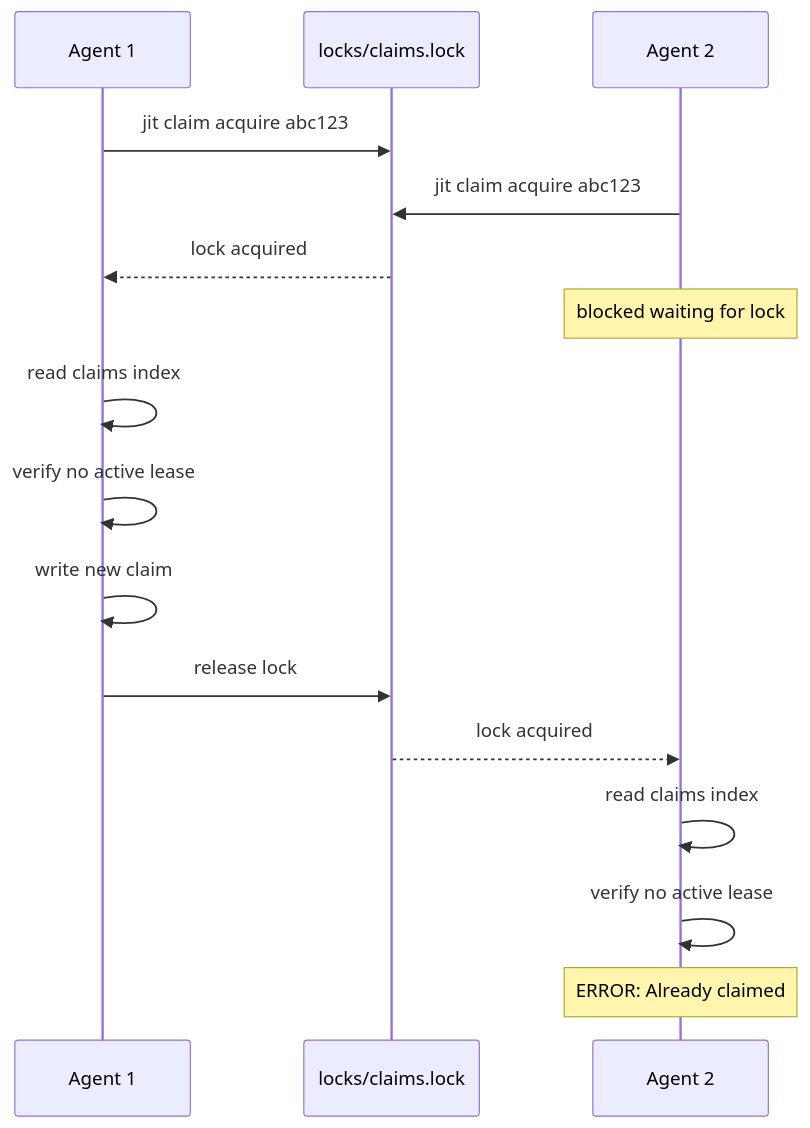
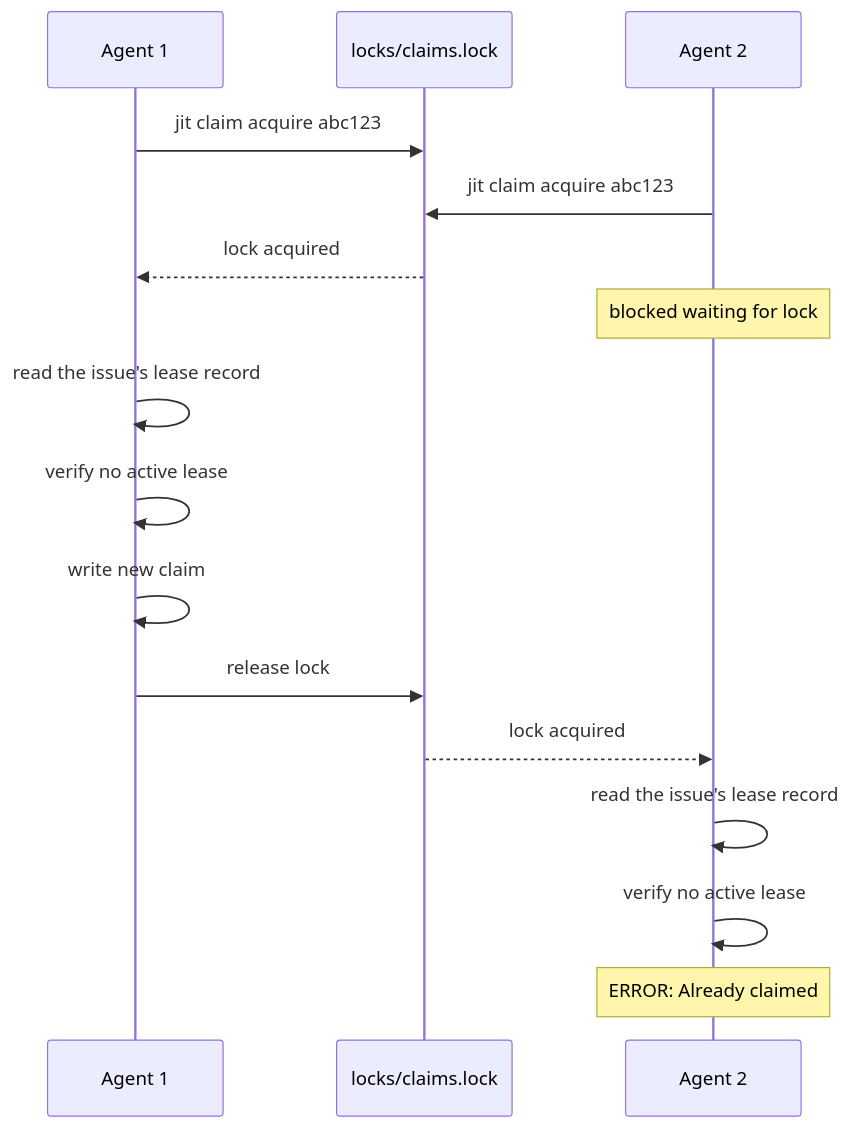
Before and after one commit to erankavija/just-in-time: the diagram in docs/concepts/guarantees.md, drawn with Mermaid. The commit also changed other lines of this file and 18 other files, not shown here.

First line of the commit message:
feat(jit:2f563673): store each lease as one record under the lease lock

````diff
--- a/docs/concepts/guarantees.md
+++ b/docs/concepts/guarantees.md
@@ -120,18 +120,18 @@
 ```mermaid
 sequenceDiagram
     participant A1 as Agent 1
     participant L as locks/claims.lock
     participant A2 as Agent 2
     A1->>L: jit claim acquire abc123
     A2->>L: jit claim acquire abc123
     L-->>A1: lock acquired
     Note over A2: blocked waiting for lock
-    A1->>A1: read claims index
+    A1->>A1: read the issue's lease record
     A1->>A1: verify no active lease
     A1->>A1: write new claim
     A1->>L: release lock
     L-->>A2: lock acquired
-    A2->>A2: read claims index
+    A2->>A2: read the issue's lease record
     A2->>A2: verify no active lease
     Note over A2: ERROR: Already claimed
 ```
````
